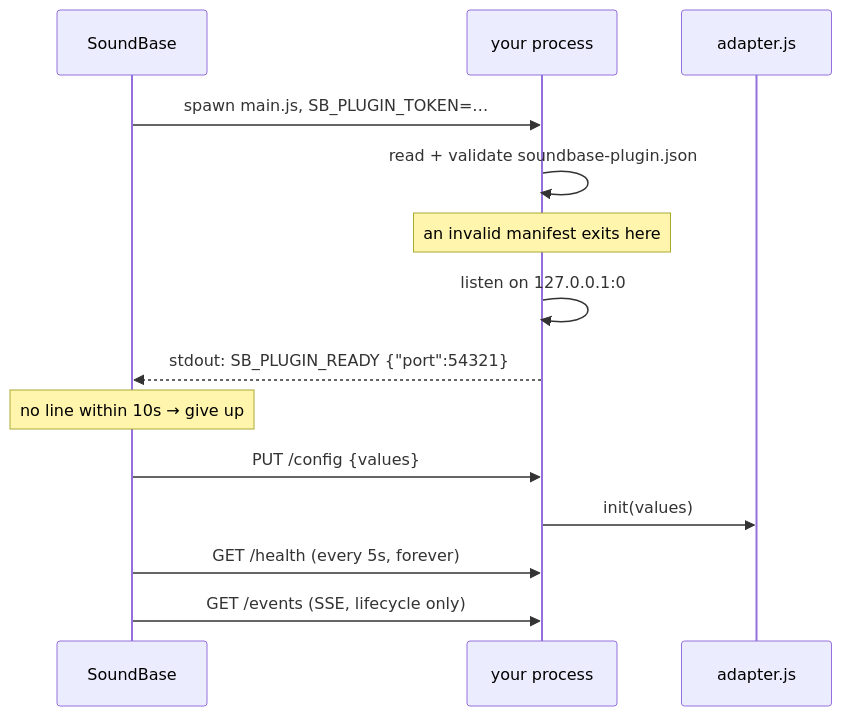
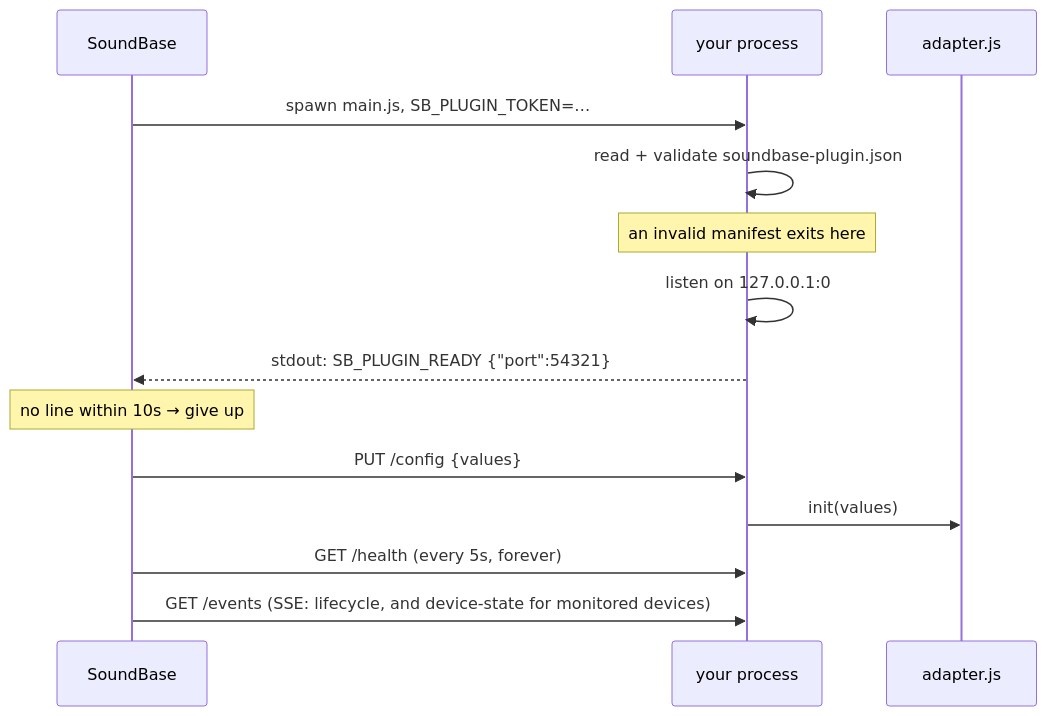
The first of 4 diagrams in docs/architecture.md (soundbase-lab/ettus-usrp-B206mini-i), drawn with Mermaid before and after one commit. The commit also changed other lines of this file and 32 other files, not shown here.

````diff
--- a/docs/architecture.md
+++ b/docs/architecture.md
@@ -69,17 +69,17 @@
 ```mermaid
 sequenceDiagram
     participant H as SoundBase
     participant P as your process
     participant A as adapter.js
 
     H->>P: spawn main.js, SB_PLUGIN_TOKEN=…
     P->>P: read + validate soundbase-plugin.json
     Note over P: an invalid manifest exits here
     P->>P: listen on 127.0.0.1:0
     P-->>H: stdout: SB_PLUGIN_READY {"port":54321}
     Note over H: no line within 10s → give up
     H->>P: PUT /config {values}
     P->>A: init(values)
     H->>P: GET /health  (every 5s, forever)
-    H->>P: GET /events  (SSE, lifecycle only)
+    H->>P: GET /events  (SSE: lifecycle, and device-state for monitored devices)
 ```
````
